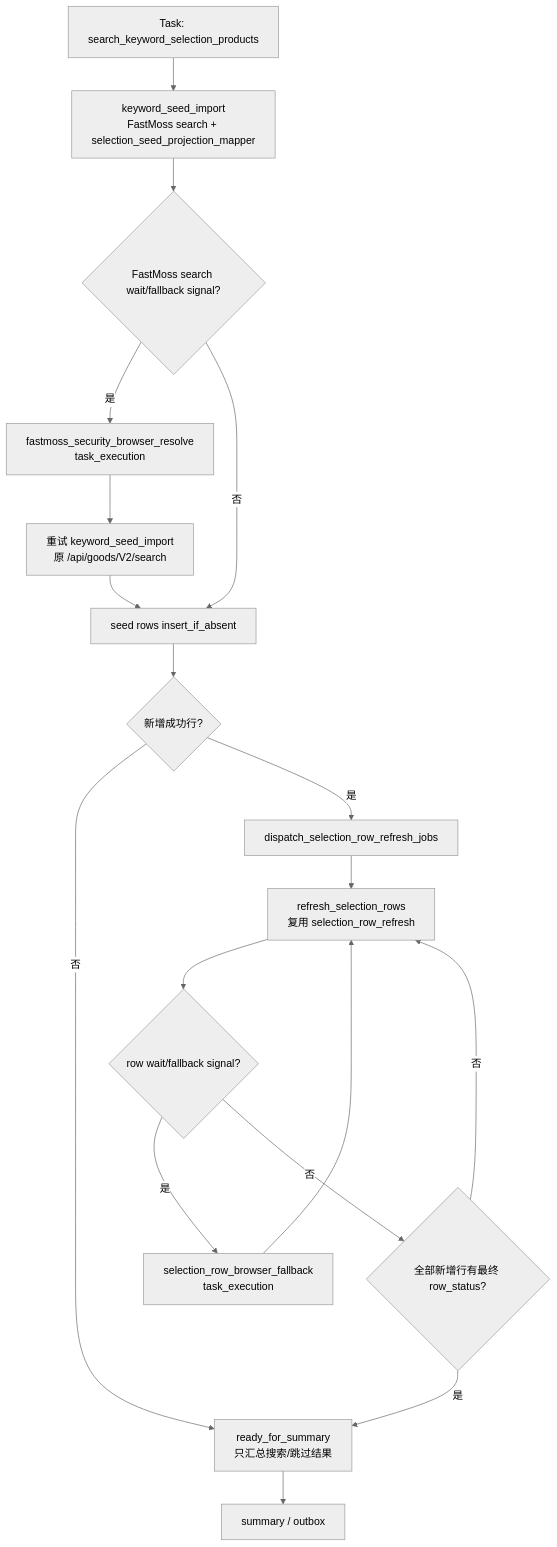
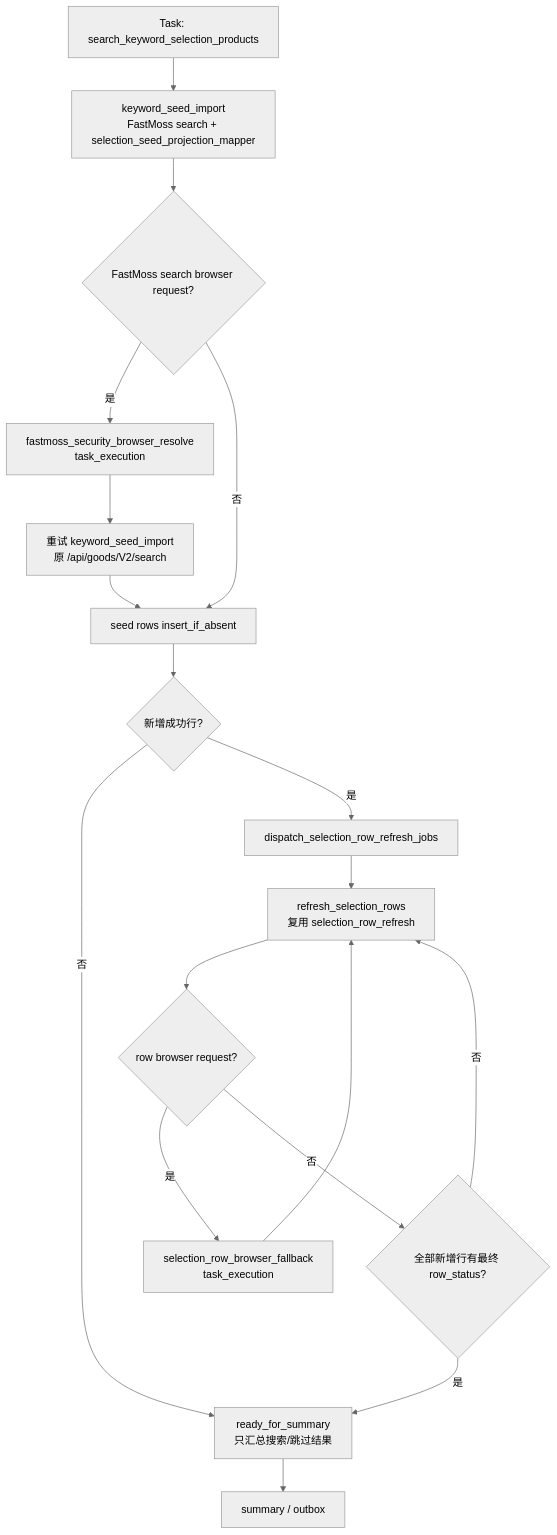
Before and after one commit to knighterrantsky/mujitask: the third of 5 diagrams in docs/arch/workflow-selection-table-design.md, drawn with Mermaid (neutral theme). The commit also changed other lines of this file and 12 other files, not shown here.

````diff
--- a/docs/arch/workflow-selection-table-design.md
+++ b/docs/arch/workflow-selection-table-design.md
@@ -114,20 +115,20 @@
 ```mermaid
 flowchart TD
     A["Task: search_keyword_selection_products"] --> B["keyword_seed_import<br/>FastMoss search + selection_seed_projection_mapper"]
-    B --> C{"FastMoss search wait/fallback signal?"}
+    B --> C{"FastMoss search browser request?"}
     C -->|是| D["fastmoss_security_browser_resolve<br/>task_execution"]
     D --> E["重试 keyword_seed_import<br/>原 /api/goods/V2/search"]
     C -->|否| F["seed rows insert_if_absent"]
     E --> F
     F --> G{"新增成功行?"}
     G -->|否| H["ready_for_summary<br/>只汇总搜索/跳过结果"]
     G -->|是| I["dispatch_selection_row_refresh_jobs"]
     I --> J["refresh_selection_rows<br/>复用 selection_row_refresh"]
-    J --> K{"row wait/fallback signal?"}
+    J --> K{"row browser request?"}
     K -->|是| L["selection_row_browser_fallback<br/>task_execution"]
     L --> J
     K -->|否| N{"全部新增行有最终 row_status?"}
     N -->|否| J
     N -->|是| H
     H --> O["summary / outbox"]
 ```
````
